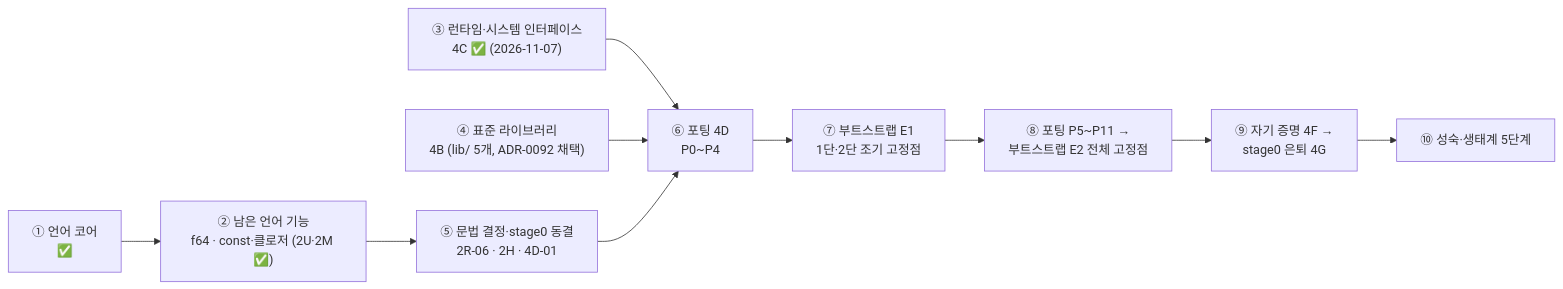
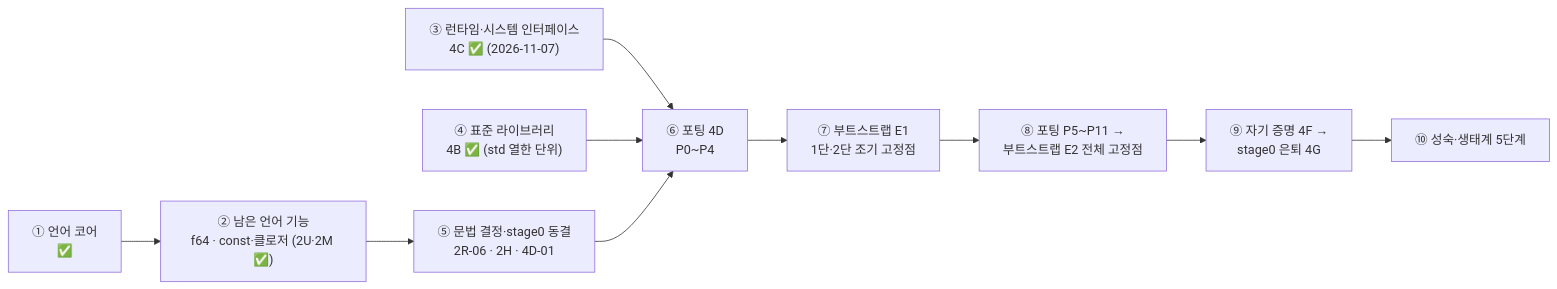
The second of 3 diagrams in docs/ROADMAP.md (lang-bmb/lang-bmb), drawn with Mermaid before and after one commit. The commit also changed other lines of this file and 2 other files, not shown here.

````diff
--- a/docs/ROADMAP.md
+++ b/docs/ROADMAP.md
@@ -58,10 +58,10 @@
 ```mermaid
 flowchart LR
     L1["① 언어 코어<br/>✅"] --> L2["② 남은 언어 기능<br/>f64 · const·클로저 (2U·2M ✅)"]
     L2 --> L5
     L3["③ 런타임·시스템 인터페이스<br/>4C ✅ (2026-11-07)"] --> L6
-    L4["④ 표준 라이브러리<br/>4B (lib/ 5개, ADR-0092 채택)"] --> L6
+    L4["④ 표준 라이브러리<br/>4B ✅ (std 열한 단위)"] --> L6
     L5["⑤ 문법 결정·stage0 동결<br/>2R-06 · 2H · 4D-01"] --> L6["⑥ 포팅 4D<br/>P0~P4"]
     L6 --> L7["⑦ 부트스트랩 E1<br/>1단·2단 조기 고정점"] --> L8["⑧ 포팅 P5~P11 →<br/>부트스트랩 E2 전체 고정점"]
     L8 --> L9["⑨ 자기 증명 4F →<br/>stage0 은퇴 4G"] --> L10["⑩ 성숙·생태계 5단계"]
 ```
````
